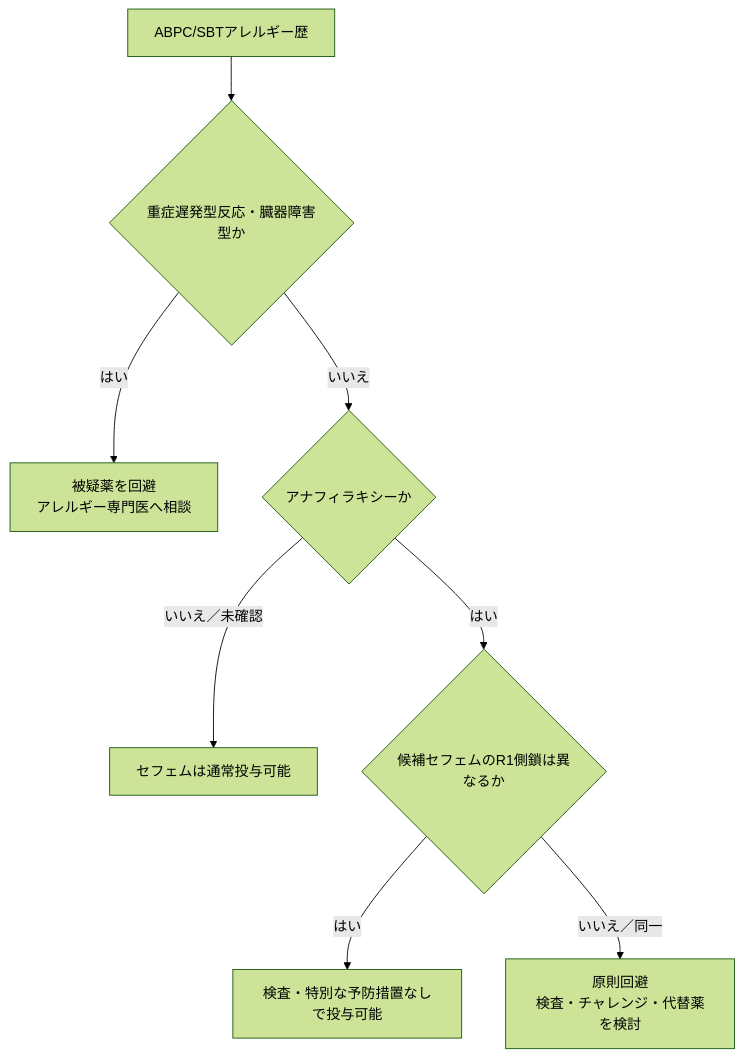
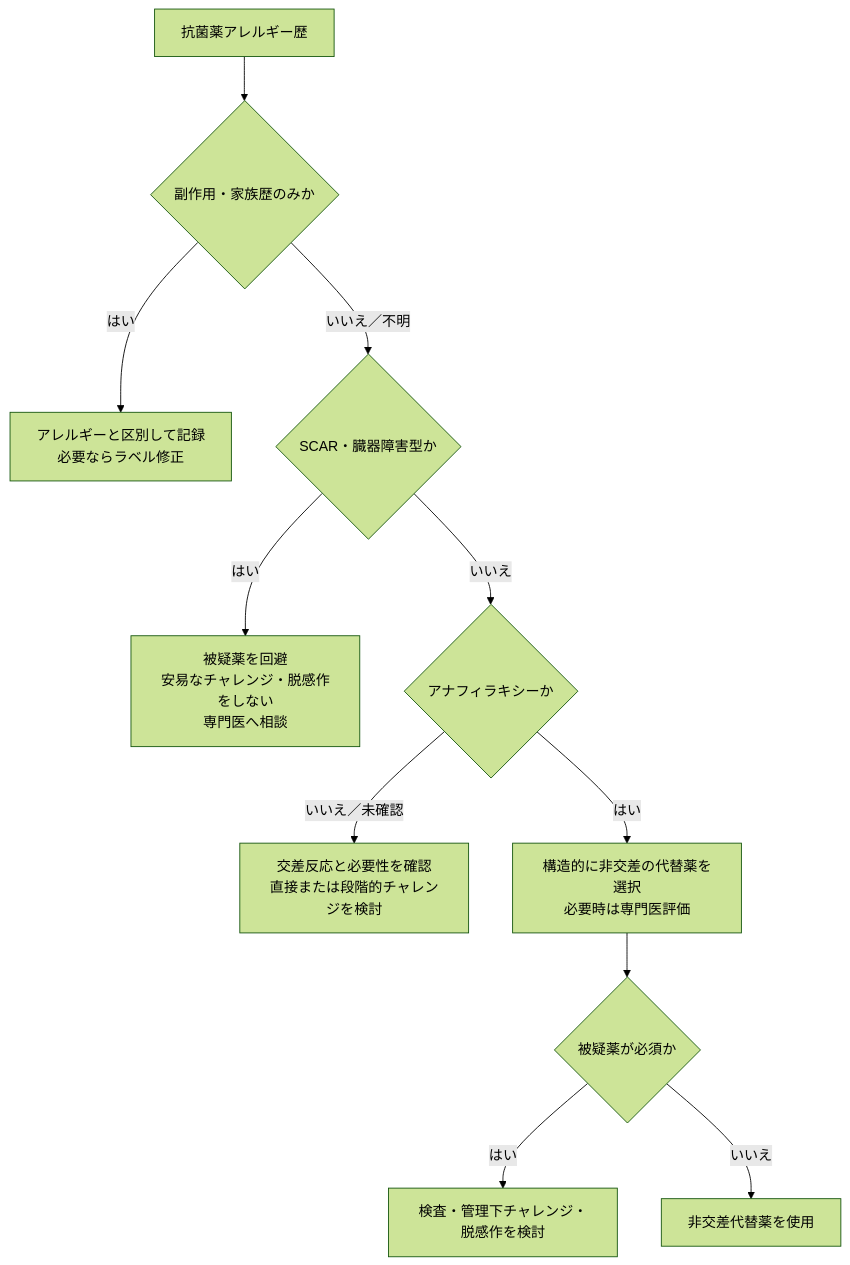
The diagram in docs/antibiotic-allergy.md (hsyn0917/clinical-tips), drawn with Mermaid (forest theme) before and after one commit. The commit also changed other lines of this file and 1 other file, not shown here.

````diff
--- a/docs/antibiotic-allergy.md
+++ b/docs/antibiotic-allergy.md
@@ -101,10 +216,13 @@
 ```mermaid
 flowchart TD
-    A["ABPC/SBTアレルギー歴"] --> B{"重症遅発型反応・臓器障害型か"}
-    B -->|はい| C["被疑薬を回避<br>アレルギー専門医へ相談"]
-    B -->|いいえ| D{"アナフィラキシーか"}
-    D -->|いいえ／未確認| E["セフェムは通常投与可能"]
-    D -->|はい| F{"候補セフェムのR1側鎖は異なるか"}
-    F -->|はい| G["検査・特別な予防措置なしで投与可能"]
-    F -->|いいえ／同一| H["原則回避<br>検査・チャレンジ・代替薬を検討"]
+    A["抗菌薬アレルギー歴"] --> B{"副作用・家族歴のみか"}
+    B -->|はい| C["アレルギーと区別して記録<br>必要ならラベル修正"]
+    B -->|いいえ／不明| D{"SCAR・臓器障害型か"}
+    D -->|はい| E["被疑薬を回避<br>安易なチャレンジ・脱感作をしない<br>専門医へ相談"]
+    D -->|いいえ| F{"アナフィラキシーか"}
+    F -->|いいえ／未確認| G["交差反応と必要性を確認<br>直接または段階的チャレンジを検討"]
+    F -->|はい| H["構造的に非交差の代替薬を選択<br>必要時は専門医評価"]
+    H --> I{"被疑薬が必須か"}
+    I -->|はい| J["検査・管理下チャレンジ・脱感作を検討"]
+    I -->|いいえ| K["非交差代替薬を使用"]
 ```
````
